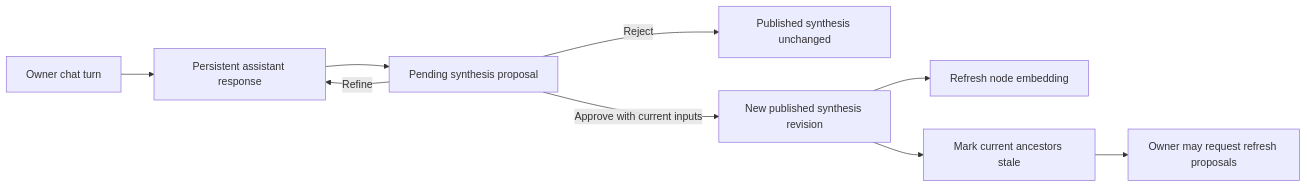
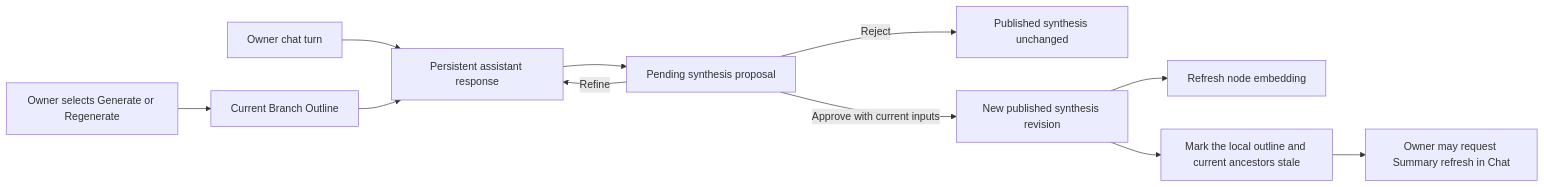
One commit to ECWireless/mindtree changed the diagram in IMPLEMENTATION_PLAN.md. Above: the diagram before and after it, drawn with Mermaid. The commit also changed other lines of this file and 48 other files, not shown here.

First line of the commit message:
feat: add recursive Branch Outline synthesis (#8)

````diff
--- a/IMPLEMENTATION_PLAN.md
+++ b/IMPLEMENTATION_PLAN.md
@@ -111,11 +113,13 @@
 ```mermaid
 flowchart LR
     U["Owner chat turn"] --> C["Persistent assistant response"]
     C --> P["Pending synthesis proposal"]
     P -->|"Refine"| C
     P -->|"Reject"| R["Published synthesis unchanged"]
     P -->|"Approve with current inputs"| S["New published synthesis revision"]
     S --> E["Refresh node embedding"]
-    S --> A["Mark current ancestors stale"]
-    A --> Q["Owner may request refresh proposals"]
+    S --> A["Mark the local outline and current ancestors stale"]
+    A --> Q["Owner may request Summary refresh in Chat"]
+    G["Owner selects Generate or Regenerate"] --> O["Current Branch Outline"]
+    O --> C
 ```
````
